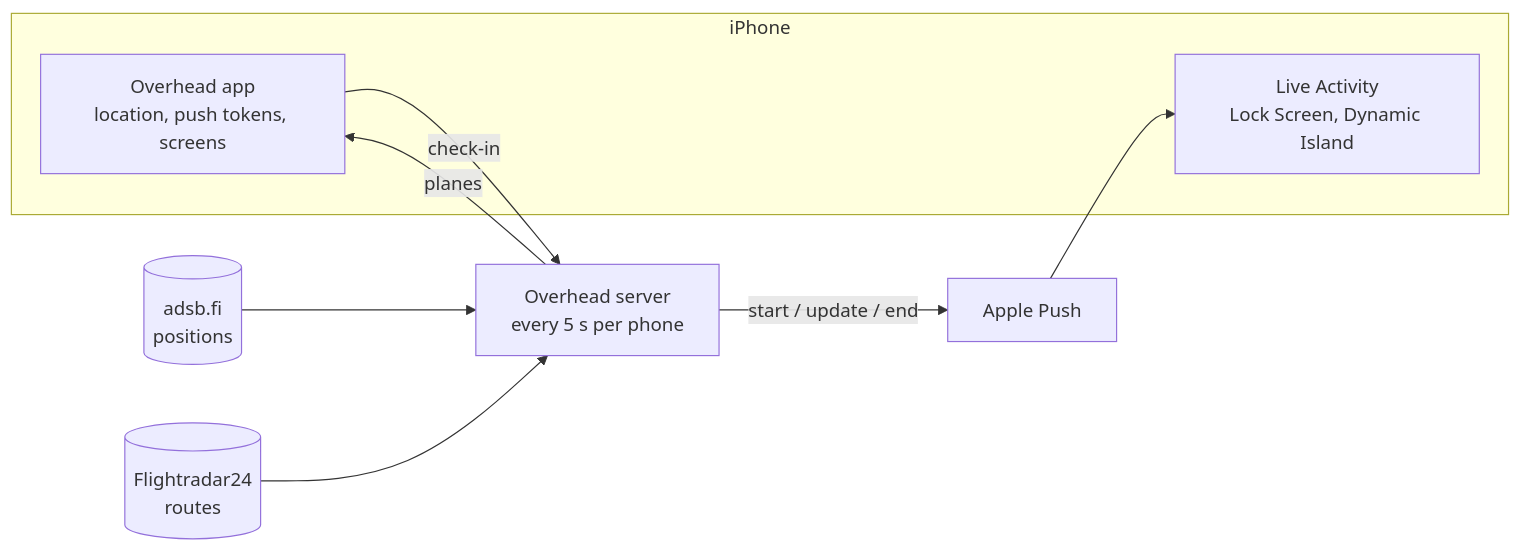
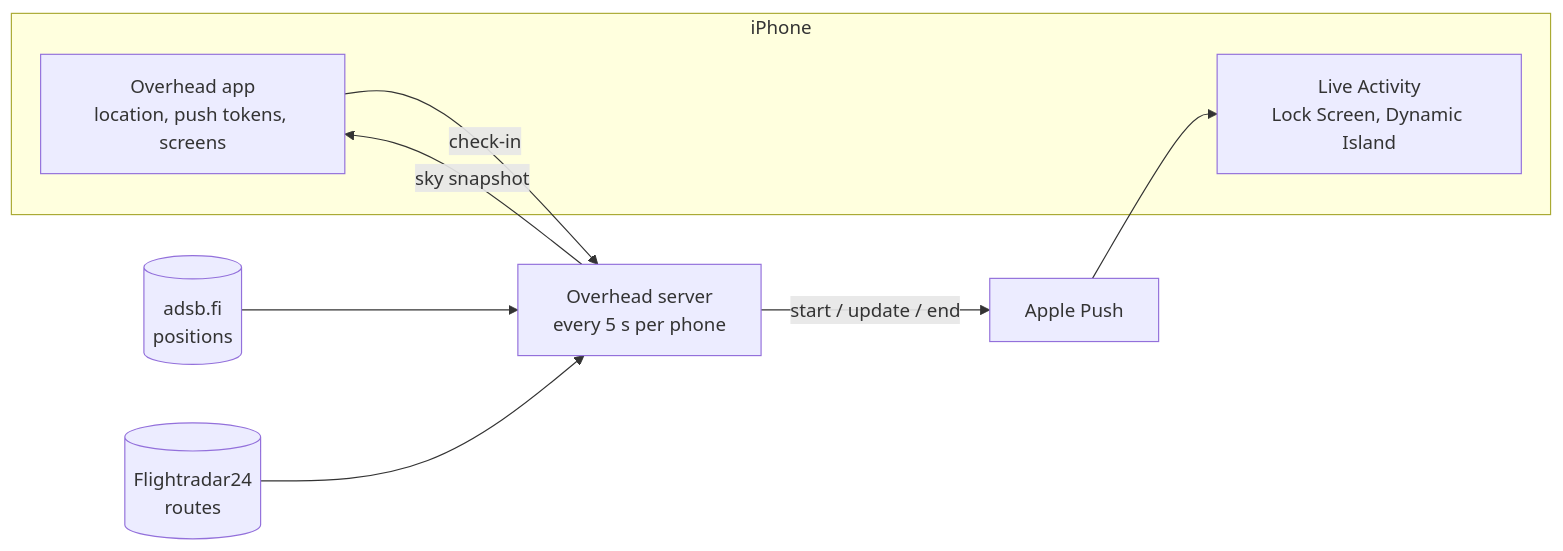
Before and after one commit to eyalhecht/overhead: the diagram in README.md, drawn with Mermaid. The commit also changed 11 other files, not shown here.

First line of the commit message:
Serve one sky snapshot per phone

````diff
--- a/README.md
+++ b/README.md
@@ -9,17 +9,17 @@
 ```mermaid
 flowchart LR
   subgraph Phone[iPhone]
     App[Overhead app<br/>location, push tokens, screens]
     Card[Live Activity<br/>Lock Screen, Dynamic Island]
   end
   Server[Overhead server<br/>every 5 s per phone]
   Positions[(adsb.fi<br/>positions)]
   Routes[(Flightradar24<br/>routes)]
   APNs[Apple Push]
 
   App -- check-in --> Server
-  Server -- planes --> App
+  Server -- sky snapshot --> App
   Positions --> Server
   Routes --> Server
   Server -- start / update / end --> APNs --> Card
 ```
````
